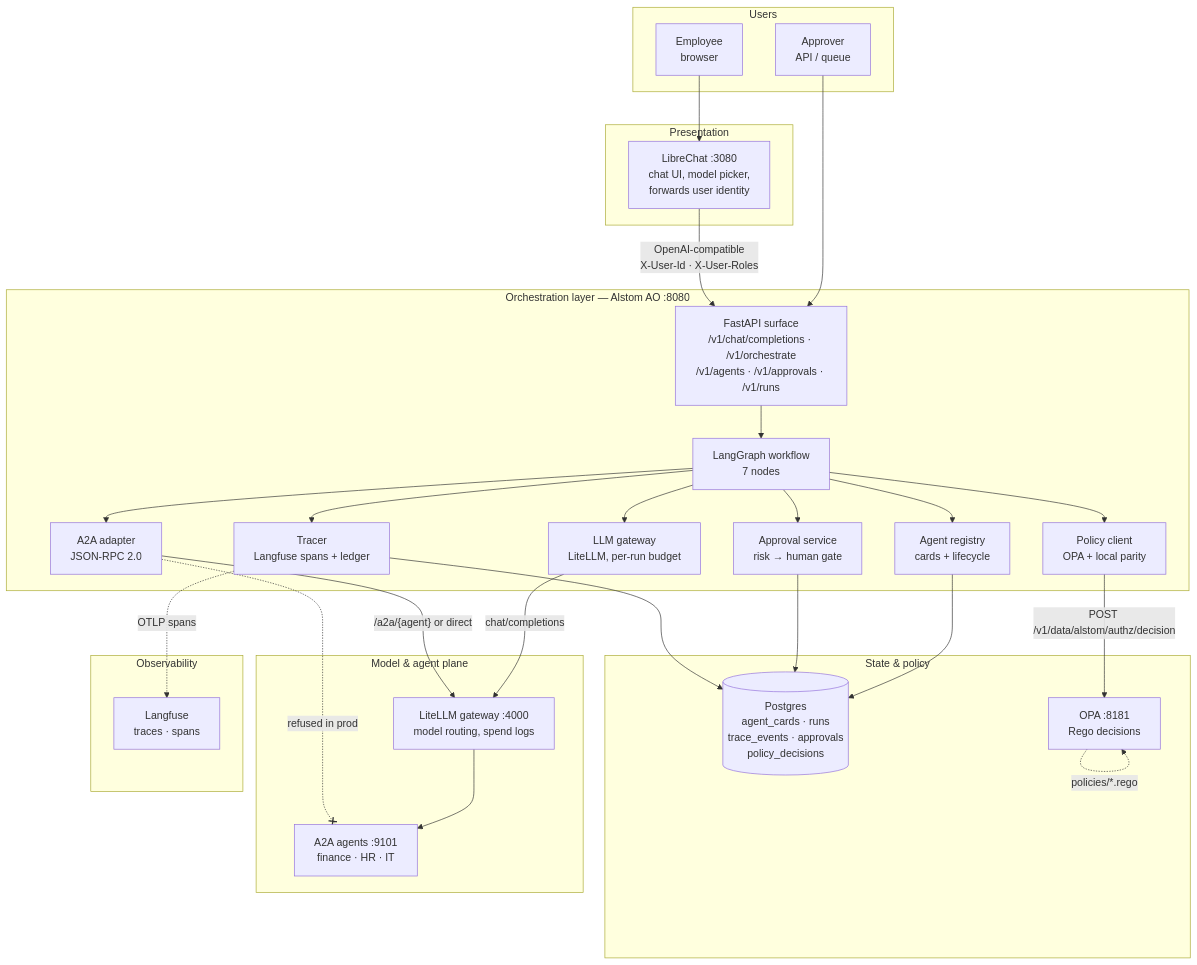
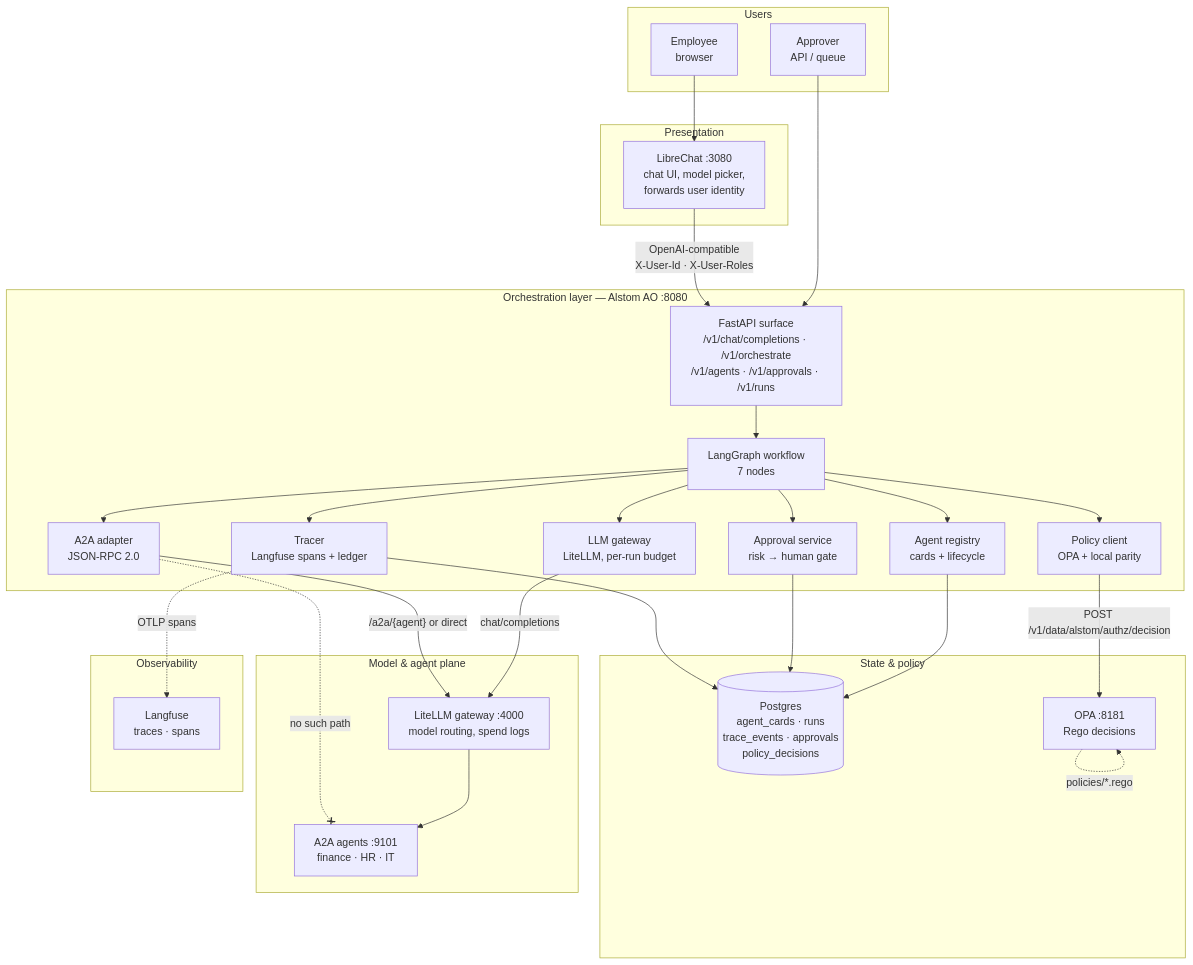
One commit to ranganadh8599/Alstom_AO changed the first of 5 diagrams in docs/architecture-review.md. Above: the diagram before and after it, drawn with Mermaid. The commit also changed other lines of this file and 22 other files, not shown here.

````diff
--- a/docs/architecture-review.md
+++ b/docs/architecture-review.md
@@ -24,61 +24,61 @@
 ```mermaid
 flowchart TB
     subgraph users["Users"]
         U1["Employee<br/>browser"]
         U2["Approver<br/>API / queue"]
     end
 
     subgraph ui["Presentation"]
         LC["LibreChat :3080<br/>chat UI, model picker,<br/>forwards user identity"]
     end
 
     subgraph ao["Orchestration layer — Alstom AO :8080"]
         API["FastAPI surface<br/>/v1/chat/completions · /v1/orchestrate<br/>/v1/agents · /v1/approvals · /v1/runs"]
         GRAPH["LangGraph workflow<br/>7 nodes"]
         REG["Agent registry<br/>cards + lifecycle"]
         POL["Policy client<br/>OPA + local parity"]
         APP["Approval service<br/>risk → human gate"]
         GW["LLM gateway<br/>LiteLLM, per-run budget"]
         AD["A2A adapter<br/>JSON-RPC 2.0"]
         TR["Tracer<br/>Langfuse spans + ledger"]
     end
 
     subgraph infra["State & policy"]
         PG[("Postgres<br/>agent_cards · runs<br/>trace_events · approvals<br/>policy_decisions")]
         OPA["OPA :8181<br/>Rego decisions"]
     end
 
     subgraph llm["Model & agent plane"]
         LG["LiteLLM gateway :4000<br/>model routing, spend logs"]
         AG["A2A agents :9101<br/>finance · HR · IT"]
     end
 
     subgraph obs["Observability"]
         LF["Langfuse<br/>traces · spans"]
     end
 
     U1 --> LC
     U2 --> API
     LC -->|"OpenAI-compatible<br/>X-User-Id · X-User-Roles"| API
     API --> GRAPH
 
     GRAPH --> REG
     GRAPH --> POL
     GRAPH --> APP
     GRAPH --> GW
     GRAPH --> AD
     GRAPH --> TR
 
     REG --> PG
     APP --> PG
     TR --> PG
     POL -->|"POST /v1/data/alstom/authz/decision"| OPA
 
     GW -->|"chat/completions"| LG
     AD -->|"/a2a/{agent} or direct"| LG
     LG --> AG
-    AD -. "refused in prod" .-x AG
+    AD -. "no such path" .-x AG
 
     TR -.->|"OTLP spans"| LF
     OPA -.->|"policies/*.rego"| OPA
 ```
````
